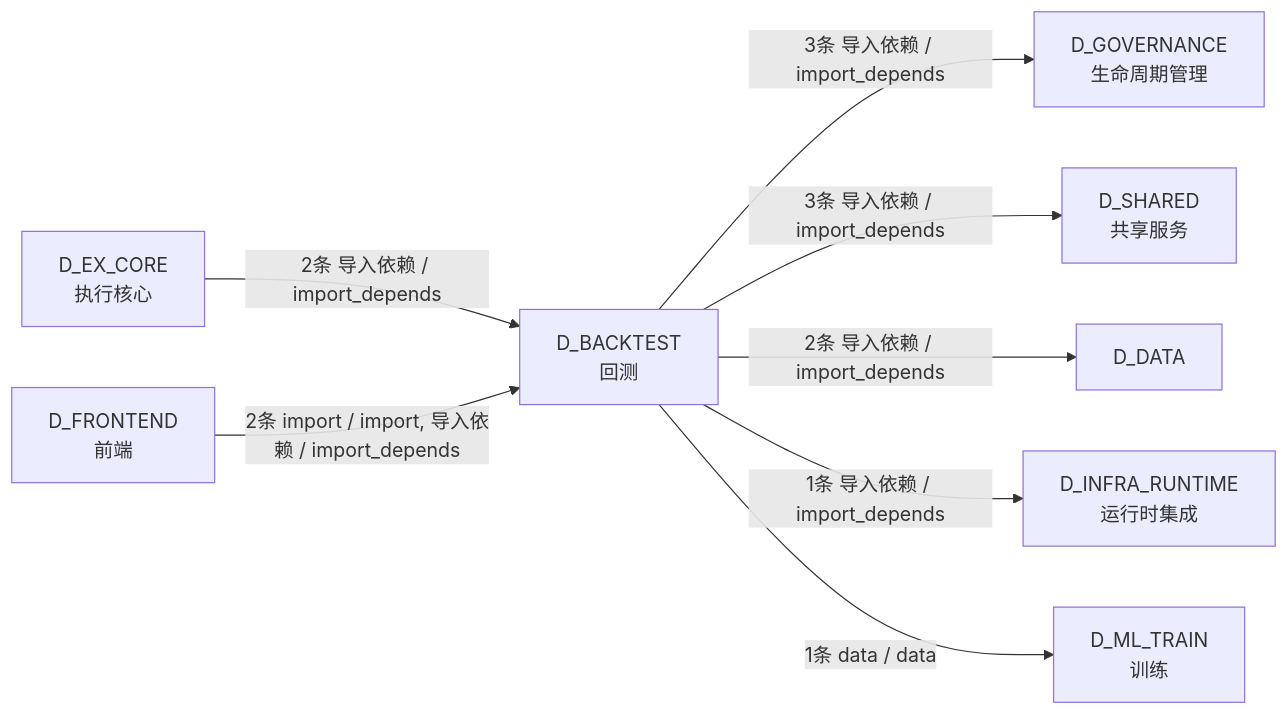
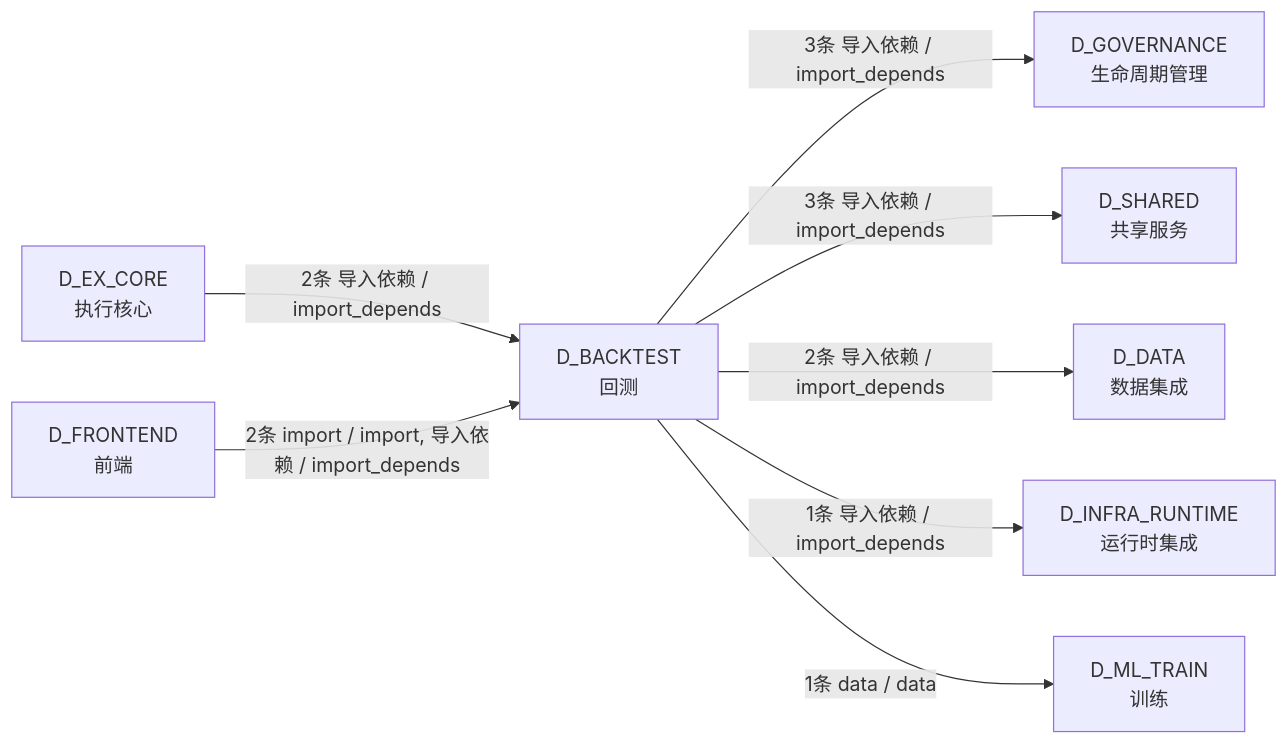
Before and after one commit to xuanFelixVan/ZephyrAlpha: the fifth of 5 diagrams in docs/02_enterprise_architecture/02_domain_architecture_docs/30_d_backtest.md, drawn with Mermaid. The commit also changed other lines of this file and 112 other files, not shown here.

````diff
--- a/docs/02_enterprise_architecture/02_domain_architecture_docs/30_d_backtest.md
+++ b/docs/02_enterprise_architecture/02_domain_architecture_docs/30_d_backtest.md
@@ -326,18 +326,18 @@
 ```mermaid
 graph LR
     D_BACKTEST["D_BACKTEST<br/>回测"]
     D_GOVERNANCE["D_GOVERNANCE<br/>生命周期管理"]
     D_SHARED["D_SHARED<br/>共享服务"]
-    D_DATA["D_DATA"]
+    D_DATA["D_DATA<br/>数据集成"]
     D_INFRA_RUNTIME["D_INFRA_RUNTIME<br/>运行时集成"]
     D_ML_TRAIN["D_ML_TRAIN<br/>训练"]
     D_EX_CORE["D_EX_CORE<br/>执行核心"]
     D_FRONTEND["D_FRONTEND<br/>前端"]
     D_BACKTEST -->|3条 导入依赖 / import_depends| D_GOVERNANCE
     D_BACKTEST -->|3条 导入依赖 / import_depends| D_SHARED
     D_BACKTEST -->|2条 导入依赖 / import_depends| D_DATA
     D_BACKTEST -->|1条 导入依赖 / import_depends| D_INFRA_RUNTIME
     D_BACKTEST -->|1条 data / data| D_ML_TRAIN
     D_EX_CORE -->|2条 导入依赖 / import_depends| D_BACKTEST
     D_FRONTEND -->|2条 import / import, 导入依赖 / import_depends| D_BACKTEST
 ```
````
